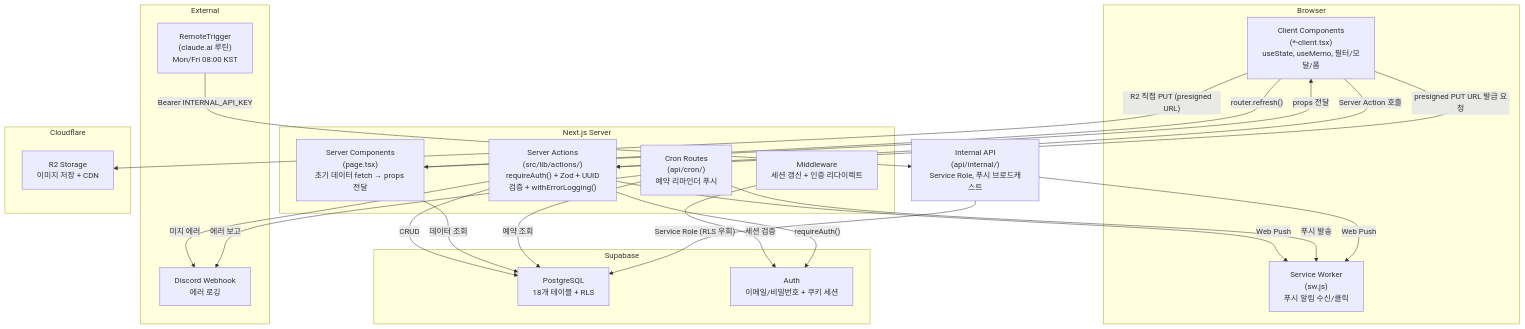
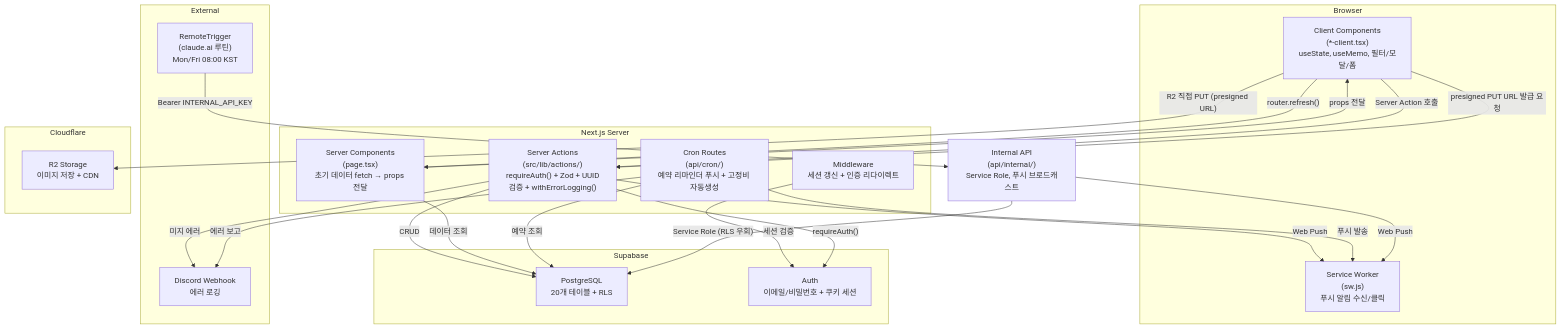
The first of 4 diagrams in docs/ARCHITECTURE.md (flori-ai-kr/web), drawn with Mermaid before and after one commit. The commit also changed other lines of this file and 19 other files, not shown here.

````diff
--- a/docs/ARCHITECTURE.md
+++ b/docs/ARCHITECTURE.md
@@ -11,46 +11,46 @@
 ```mermaid
 graph TB
     subgraph Browser
         CC["Client Components<br/>(*-client.tsx)<br/>useState, useMemo, 필터/모달/폼"]
         SW["Service Worker<br/>(sw.js)<br/>푸시 알림 수신/클릭"]
     end
 
     subgraph NextServer["Next.js Server"]
         MW["Middleware<br/>세션 갱신 + 인증 리다이렉트"]
         SC["Server Components<br/>(page.tsx)<br/>초기 데이터 fetch → props 전달"]
         SA["Server Actions<br/>(src/lib/actions/)<br/>requireAuth() + Zod + UUID검증 + withErrorLogging()"]
-        CR["Cron Routes<br/>(api/cron/)<br/>예약 리마인더 푸시"]
+        CR["Cron Routes<br/>(api/cron/)<br/>예약 리마인더 푸시 + 고정비 자동생성"]
     end
 
     subgraph External
         DC["Discord Webhook<br/>에러 로깅"]
         RT["RemoteTrigger<br/>(claude.ai 루틴)<br/>Mon/Fri 08:00 KST"]
     end
 
     subgraph Supabase
-        PG["PostgreSQL<br/>18개 테이블 + RLS"]
+        PG["PostgreSQL<br/>20개 테이블 + RLS"]
         AU["Auth<br/>이메일/비밀번호 + 쿠키 세션"]
     end
 
     subgraph Cloudflare
         R2["R2 Storage<br/>이미지 저장 + CDN"]
     end
 
     CC -->|"Server Action 호출"| SA
     CC -->|"presigned PUT URL 발급 요청"| SA
     CC -->|"R2 직접 PUT (presigned URL)"| R2
     CC -->|"router.refresh()"| SC
     SC -->|"props 전달"| CC
     MW -->|"세션 검증"| AU
     SA -->|"requireAuth()"| AU
     SA -->|"CRUD"| PG
     SA -->|"미지 에러"| DC
     SA -->|"Web Push"| SW
     SC -->|"데이터 조회"| PG
     CR -->|"예약 조회"| PG
     CR -->|"푸시 발송"| SW
     CR -->|"에러 보고"| DC
     RT -->|"Bearer INTERNAL_API_KEY"| IA["Internal API<br/>(api/internal/)<br/>Service Role, 푸시 브로드캐스트"]
     IA -->|"Service Role (RLS 우회)"| PG
     IA -->|"Web Push"| SW
 ```
````
